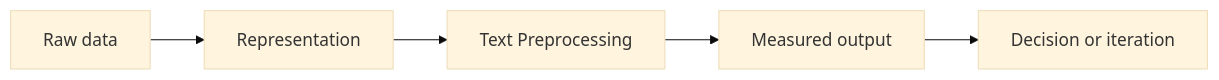
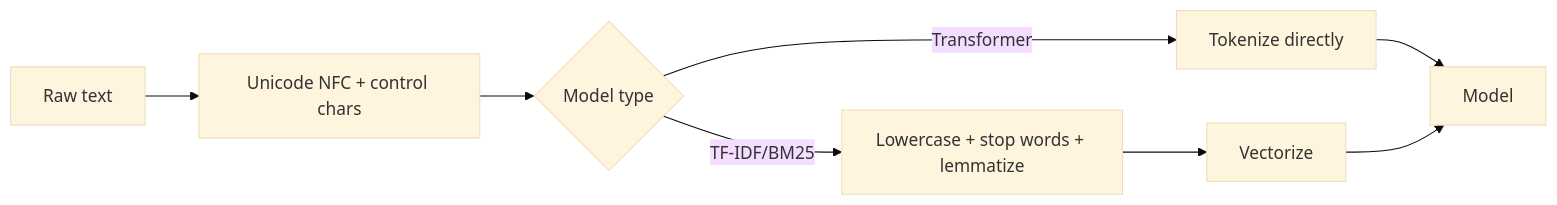
One commit to Icon1cc/Machine-Learning changed the diagram in nlp/02-text-preprocessing.md. Above: the diagram before and after it, drawn with Mermaid (base theme). The commit also changed other lines of this file and 264 other files, not shown here.

````diff
--- a/nlp/02-text-preprocessing.md
+++ b/nlp/02-text-preprocessing.md
@@ -92,7 +224,10 @@
 ```mermaid
 flowchart LR
-    A[Raw data] --> B[Representation]
-    B --> C[Text Preprocessing]
-    C --> D[Measured output]
-    D --> E[Decision or iteration]
+    R[Raw text] --> N[Unicode NFC + control chars]
+    N --> M{Model type}
+    M -- Transformer --> T[Tokenize directly]
+    M -- TF-IDF/BM25 --> C[Lowercase + stop words + lemmatize]
+    C --> V[Vectorize]
+    T --> Mo[Model]
+    V --> Mo
 ```
````
